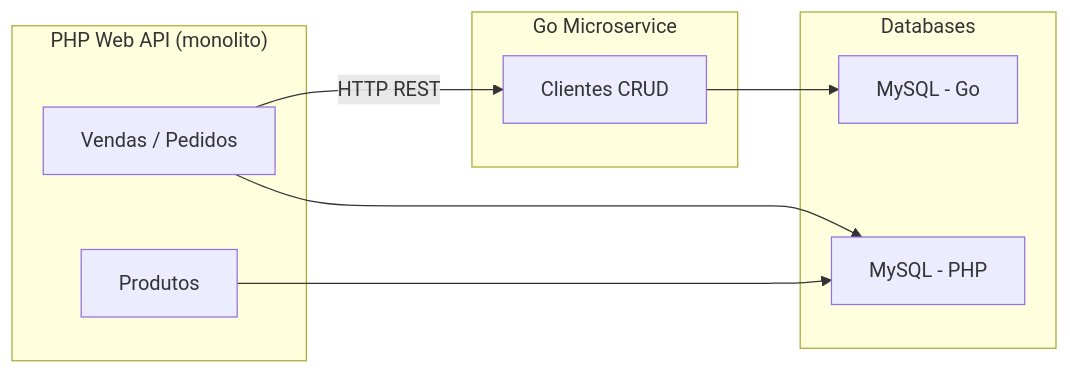
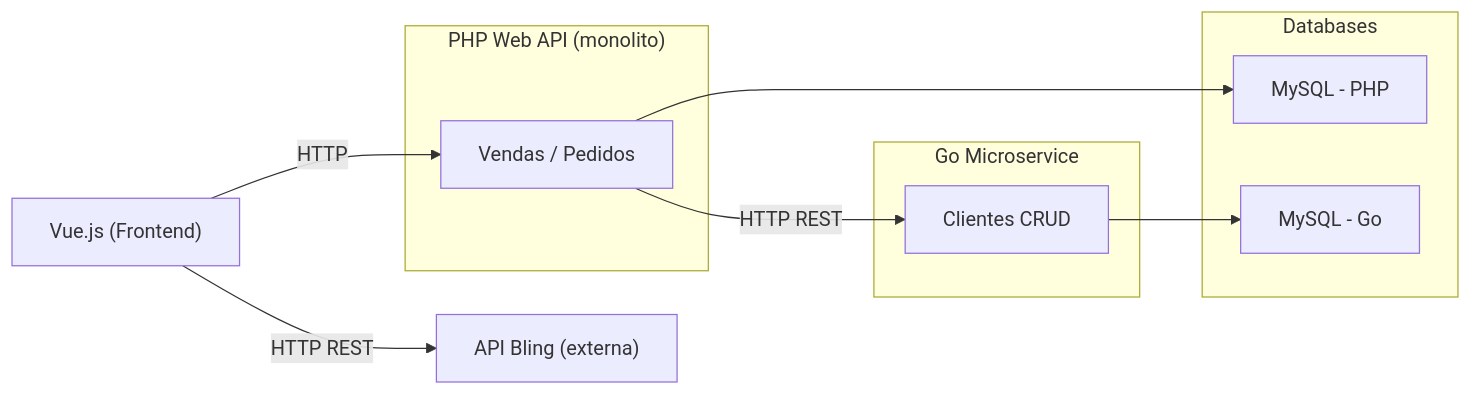
The first of 5 diagrams in README.md (sirioneto-bling/devpool_modulo_03), drawn with Mermaid before and after one commit. The commit also changed other lines of this file, not shown here.

````diff
--- a/README.md
+++ b/README.md
@@ -24,21 +24,25 @@
 ```mermaid
 graph LR
+    frontend["Vue.js (Frontend)"]
+
     subgraph phpApi ["PHP Web API (monolito)"]
         vendas["Vendas / Pedidos"]
-        produtos["Produtos"]
     end
 
     subgraph goApi ["Go Microservice"]
         clientes["Clientes CRUD"]
     end
 
     subgraph databases ["Databases"]
         mysqlPhp["MySQL - PHP"]
         mysqlGo["MySQL - Go"]
     end
 
+    blingApi["API Bling (externa)"]
+
+    frontend -->|"HTTP"| vendas
+    frontend -->|"HTTP REST"| blingApi
     vendas -->|"HTTP REST"| clientes
     vendas --> mysqlPhp
-    produtos --> mysqlPhp
     clientes --> mysqlGo
 ```
````
